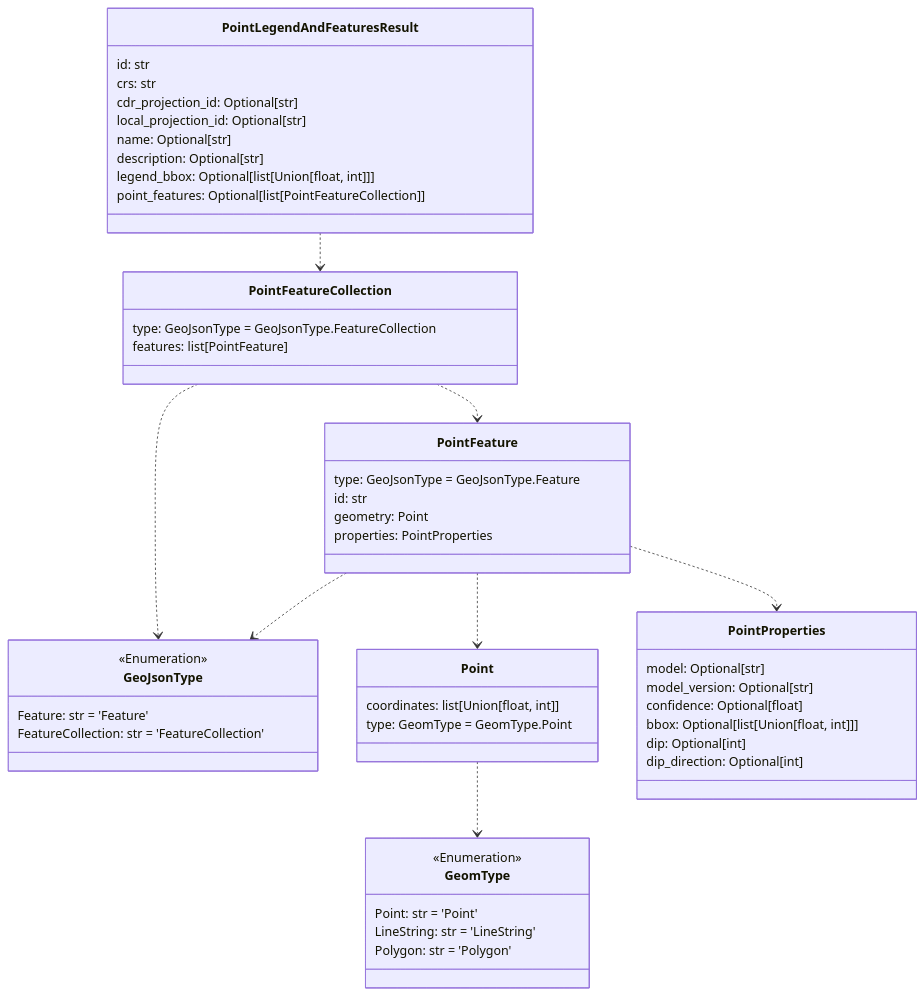
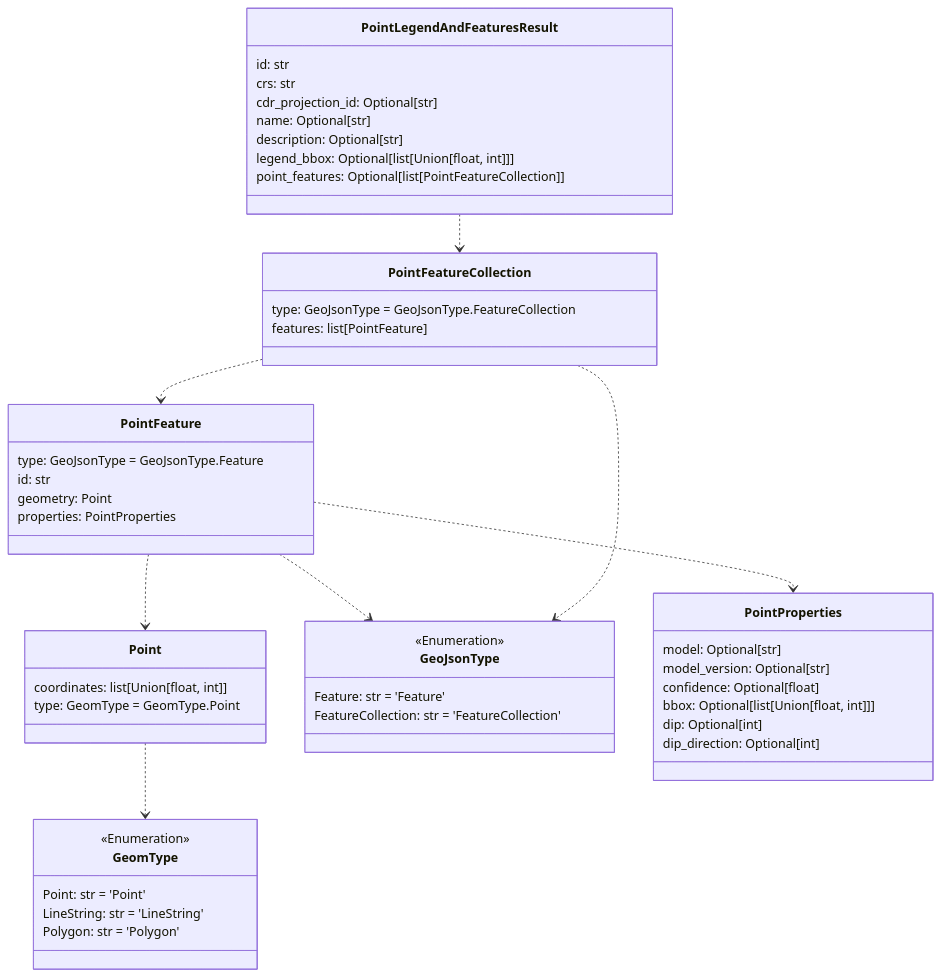
The fourth of 6 diagrams in README.md (DARPA-CRITICALMAAS/cdr_schemas), drawn with Mermaid before and after one commit. The commit also changed other lines of this file, not shown here.

````diff
--- a/README.md
+++ b/README.md
@@ -271,63 +268,62 @@
 ```mermaid
 classDiagram
 
     class PointFeatureCollection {
         type: GeoJsonType = GeoJsonType.FeatureCollection
         features: list[PointFeature]
     }
 
     class Point {
         coordinates: list[Union[float, int]]
         type: GeomType = GeomType.Point
+    }
+
+    class GeomType {
+        <<Enumeration>>
+        Point: str = 'Point'
+        LineString: str = 'LineString'
+        Polygon: str = 'Polygon'
     }
 
     class GeoJsonType {
         <<Enumeration>>
         Feature: str = 'Feature'
         FeatureCollection: str = 'FeatureCollection'
     }
 
     class PointProperties {
         model: Optional[str]
         model_version: Optional[str]
         confidence: Optional[float]
         bbox: Optional[list[Union[float, int]]]
         dip: Optional[int]
         dip_direction: Optional[int]
     }
 
     class PointFeature {
         type: GeoJsonType = GeoJsonType.Feature
         id: str
         geometry: Point
         properties: PointProperties
     }
 
-    class GeomType {
-        <<Enumeration>>
-        Point: str = 'Point'
-        LineString: str = 'LineString'
-        Polygon: str = 'Polygon'
-    }
-
     class PointLegendAndFeaturesResult {
         id: str
         crs: str
         cdr_projection_id: Optional[str]
-        local_projection_id: Optional[str]
         name: Optional[str]
         description: Optional[str]
         legend_bbox: Optional[list[Union[float, int]]]
         point_features: Optional[list[PointFeatureCollection]]
     }
 
     Point ..> GeomType
+    PointFeature ..> PointProperties
+    PointFeature ..> Point
     PointFeature ..> GeoJsonType
-    PointFeature ..> Point
-    PointFeature ..> PointProperties
     PointFeatureCollection ..> GeoJsonType
     PointFeatureCollection ..> PointFeature
     PointLegendAndFeaturesResult ..> PointFeatureCollection
 
 
 ```
````
